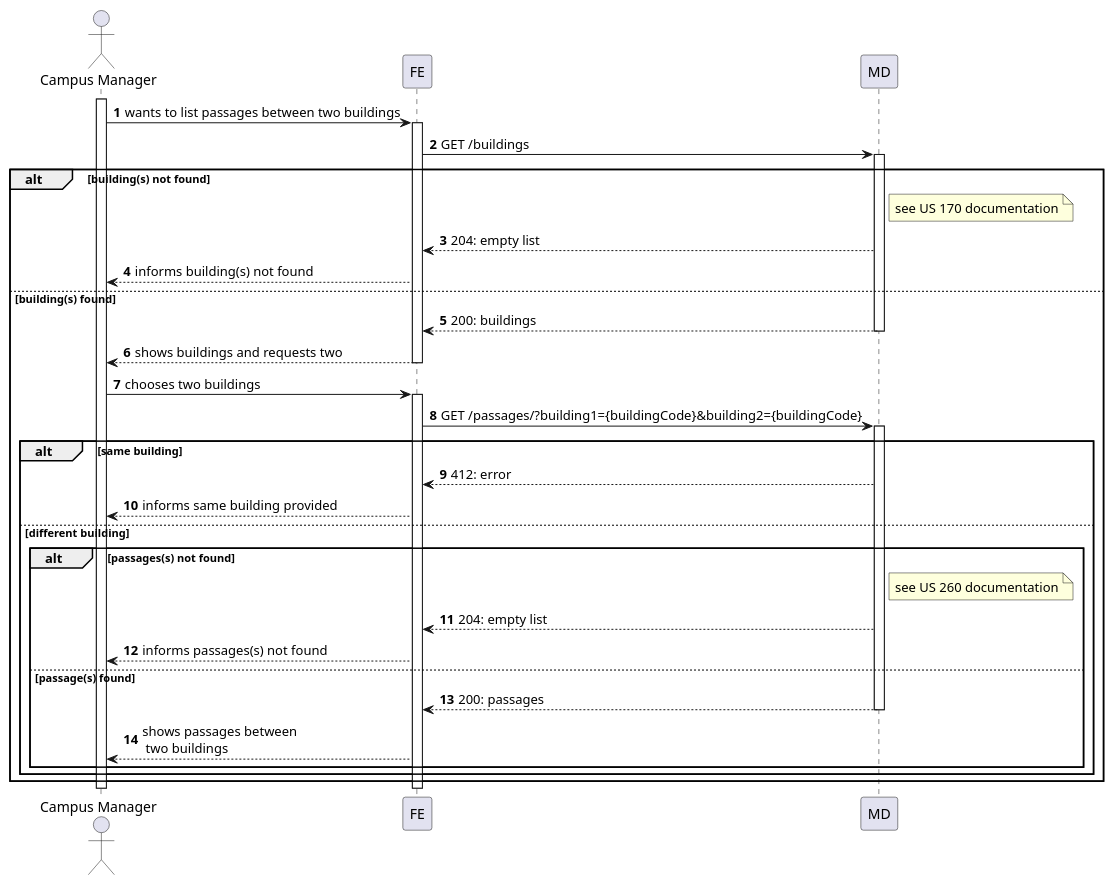
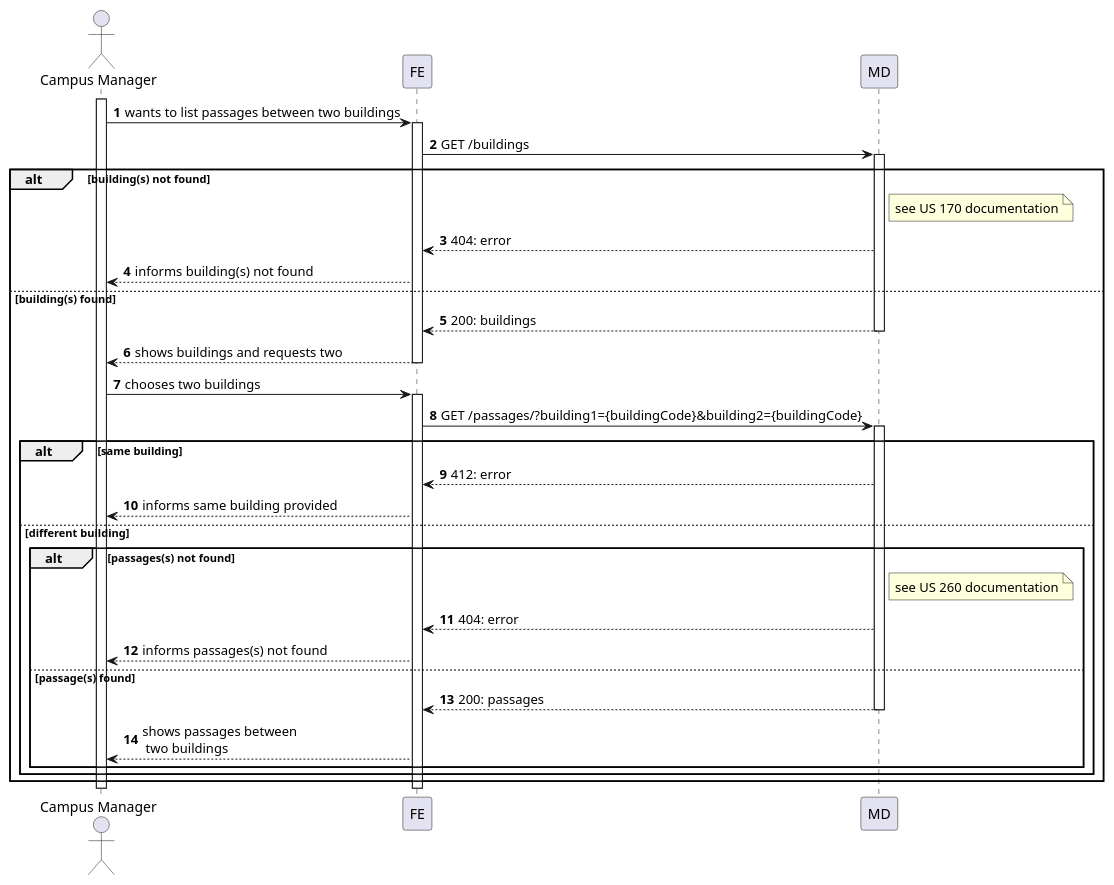
Before and after one commit to Departamento-de-Engenharia-Informatica/lapr5-23-24-g19: the diagram in docs/us1190/level2/process-view.puml, drawn with PlantUML. The commit also changed 8 other files, not shown here.

```diff
--- a/docs/us1190/level2/process-view.puml
+++ b/docs/us1190/level2/process-view.puml
@@ -1,55 +1,55 @@
 @startuml
 autonumber
 
 actor "Campus Manager" as usr
 
 participant "FE" as ui
 participant "MD" as md
 
 activate usr
     usr -> ui : wants to list passages between two buildings
     activate ui
 
         ui -> md : GET /buildings
         alt building(s) not found
             activate md
             note right of md : see US 170 documentation
-                md --> ui : 204: empty list
+                md --> ui : 404: error
 
             ui --> usr : informs building(s) not found
 
         else building(s) found
             md --> ui : 200: buildings
 
             deactivate md
             ui --> usr : shows buildings and requests two
     deactivate ui
 
     usr -> ui : chooses two buildings
     activate ui
         ui -> md : GET /passages/?building1={buildingCode}&building2={buildingCode}
         activate md
 
 
         alt same building
             md --> ui : 412: error
             ui --> usr: informs same building provided
         else different building
 
         alt passages(s) not found
                 note right of md : see US 260 documentation
-                md --> ui: 204: empty list
+                md --> ui: 404: error
 
             ui --> usr : informs passages(s) not found
         else passage(s) found
             md --> ui : 200: passages
 
             deactivate md
             ui --> usr : shows passages between\n two buildings
             end
         end
     end
     deactivate ui
 deactivate usr
 
 @enduml
```
